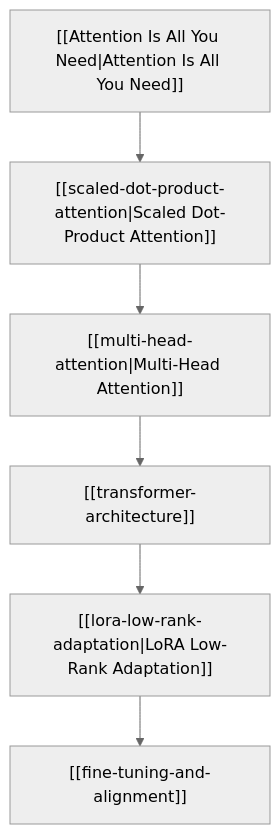
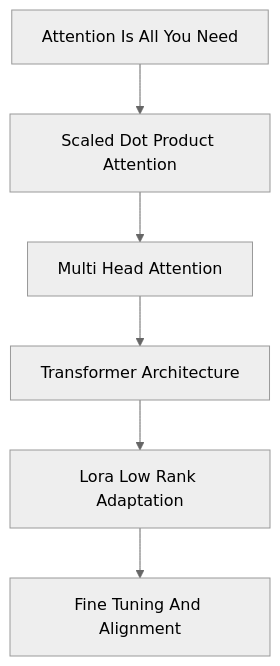
Before and after one commit to gopalshivapuja/ai-wiki: the diagram in seed/notes/moc/moc-llm-architectures.md, drawn with Mermaid (neutral theme). The commit also changed other lines of this file and 40 other files, not shown here.

First line of the commit message:
Fix wikilink navigation, stream AI answers, repair the link graph (#5)

````diff
--- a/seed/notes/moc/moc-llm-architectures.md
+++ b/seed/notes/moc/moc-llm-architectures.md
@@ -42,8 +42,8 @@
 ```mermaid
 flowchart TD
-    Paper["[[Attention Is All You Need|Attention Is All You Need]]"] --> ScaledAttn["[[scaled-dot-product-attention|Scaled Dot-Product Attention]]"]
-    ScaledAttn --> MultiHeadAttn["[[multi-head-attention|Multi-Head Attention]]"]
-    MultiHeadAttn --> Transformer["[[transformer-architecture]]"]
-    Transformer --> LoRA["[[lora-low-rank-adaptation|LoRA Low-Rank Adaptation]]"]
-    LoRA --> PEFT["[[fine-tuning-and-alignment]]"]
+    Paper["Attention Is All You Need"] --> ScaledAttn["Scaled Dot Product Attention"]
+    ScaledAttn --> MultiHeadAttn["Multi Head Attention"]
+    MultiHeadAttn --> Transformer["Transformer Architecture"]
+    Transformer --> LoRA["Lora Low Rank Adaptation"]
+    LoRA --> PEFT["Fine Tuning And Alignment"]
 ```
````
